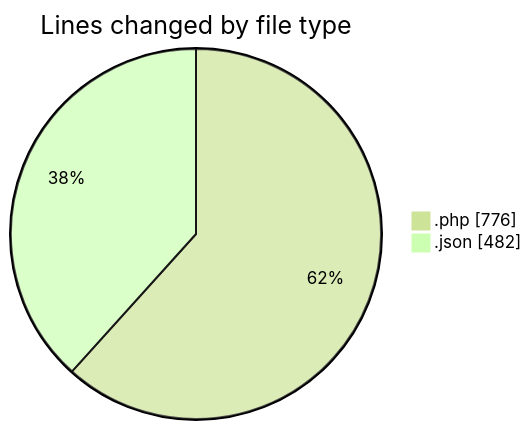
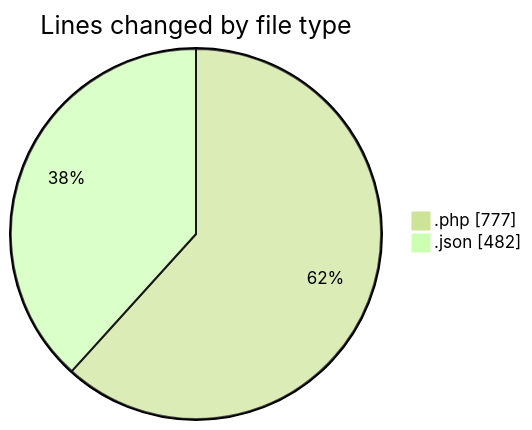
The first of 2 diagrams in 2025-03-30/autodidak/README.md (idhammustaqopulfikri/code-tracking), drawn with Mermaid (forest theme) before and after one commit. The commit also changed other lines of this file and 1 other file, not shown here.

````diff
--- a/2025-03-30/autodidak/README.md
+++ b/2025-03-30/autodidak/README.md
@@ -28,6 +28,6 @@
 ```mermaid
 pie showData
 title Lines changed by file type
-".php" : 776
+".php" : 777
 ".json" : 482
 ```
````
